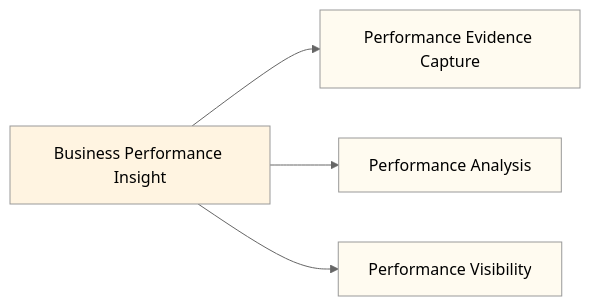
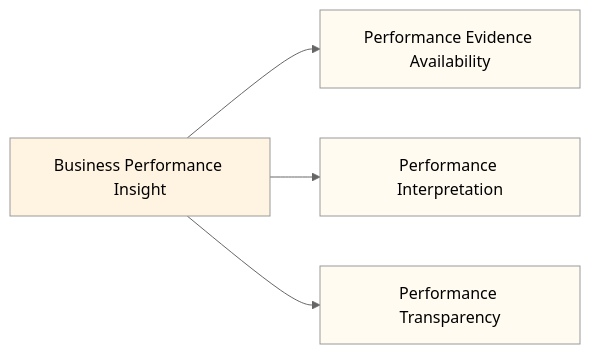
Before and after one commit to Evilazaro/Azure-LogicApps-Monitoring: the fifth of 10 diagrams in docs/architecture/01-business-architecture.md, drawn with Mermaid (neutral theme). The commit also changed other lines of this file, not shown here.

Commit message:
Refactor Business Architecture document: update terminology and enhance clarity in commitment management and fulfillment sections

````diff
--- a/docs/architecture/01-business-architecture.md
+++ b/docs/architecture/01-business-architecture.md
@@ -189,11 +189,11 @@
 ```mermaid
 graph LR
-    BP[Business Performance Insight] --> PE[Performance Evidence Capture]
-    BP --> PA[Performance Analysis]
-    BP --> PV[Performance Visibility]
+    BP[Business Performance Insight] --> PE[Performance Evidence Availability]
+    BP --> PA[Performance Interpretation]
+    BP --> PV[Performance Transparency]
 
     style BP fill:#fff4e1
     style PE fill:#fffbf0
     style PA fill:#fffbf0
     style PV fill:#fffbf0
 ```
````
